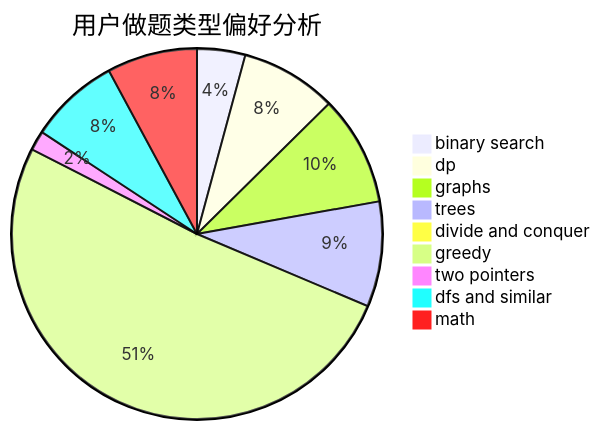
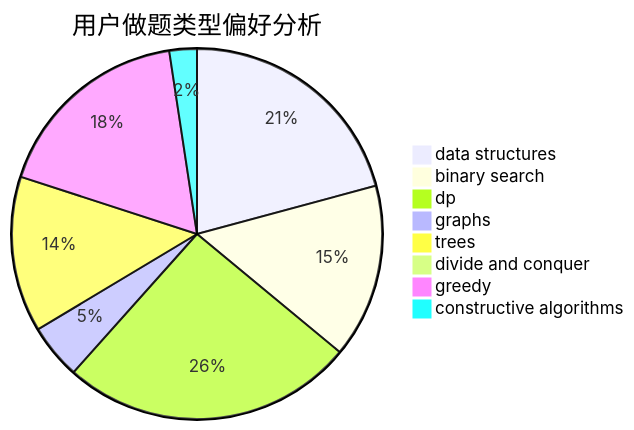
Before and after one commit to sherpahu/cfrs.github.io: the second of 3 diagrams in docs/user/u832.md, drawn with Mermaid. The commit also changed other lines of this file and 2775 other files, not shown here.

````diff
--- a/docs/user/u832.md
+++ b/docs/user/u832.md
@@ -23,12 +23,11 @@
 ```mermaid
 pie title 用户做题类型偏好分析
-    "binary search" :  32
-    "dp" :  64
-    "graphs" :  73
-    "trees" :  70
+    "data structures" :  26
+    "binary search" :  19
+    "dp" :  32
+    "graphs" :  6
+    "trees" :  17
     "divide and conquer" :  0
-    "greedy" :  390
-    "two pointers" :  13
-    "dfs and similar" :  60
-    "math" :  60
+    "greedy" :  22
+    "constructive algorithms" :  3
 ```
````
